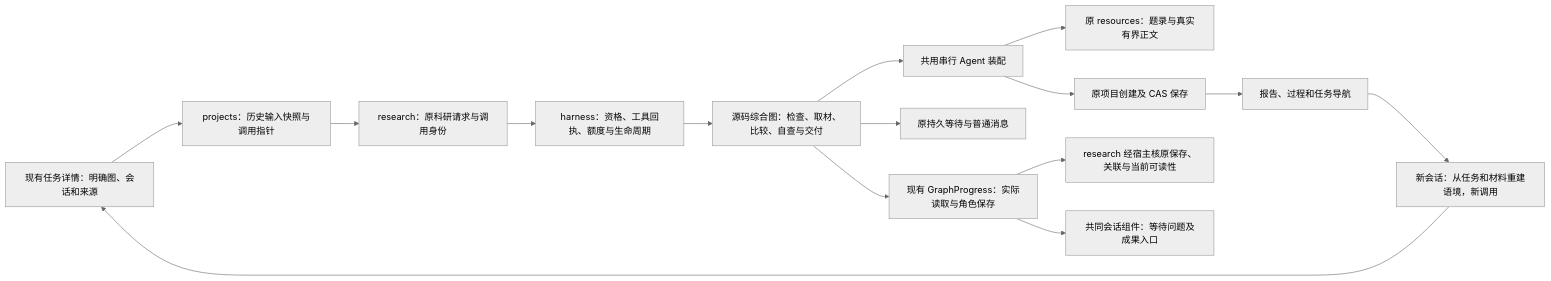
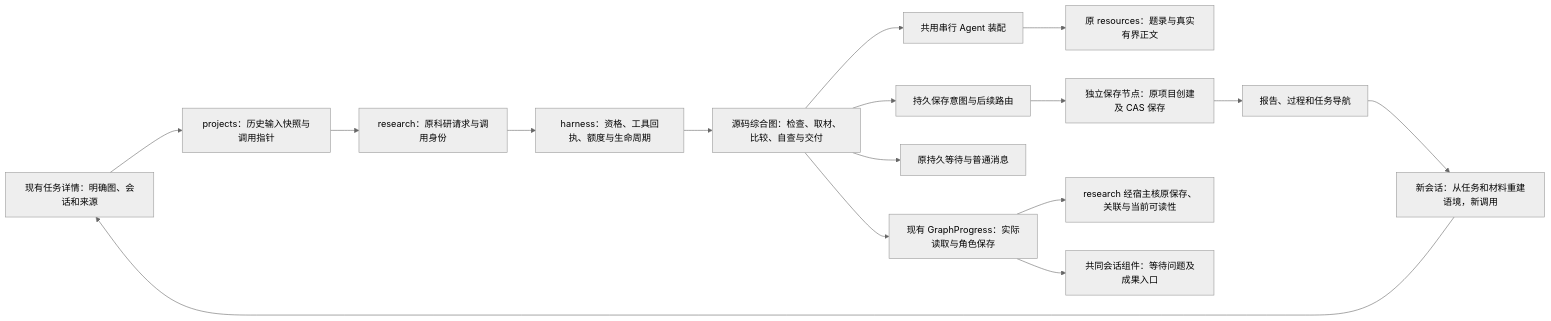
Before and after one commit to leike0813/Scholoom: the first of 2 diagrams in openspec/changes/add-project-literature-synthesis/design.md, drawn with Mermaid (neutral theme). The commit also changed other lines of this file and 13 other files, not shown here.

````diff
--- a/openspec/changes/add-project-literature-synthesis/design.md
+++ b/openspec/changes/add-project-literature-synthesis/design.md
@@ -7,17 +7,18 @@
 ```mermaid
 flowchart LR
   Task[现有任务详情：明确图、会话和来源] --> Snapshot[projects：历史输入快照与调用指针]
   Snapshot --> Request[research：原科研请求与调用身份]
   Request --> Host[harness：资格、工具回执、额度与生命周期]
   Host --> Graph[源码综合图：检查、取材、比较、自查与交付]
   Graph --> Agent[共用串行 Agent 装配]
   Agent --> Resources[原 resources：题录与真实有界正文]
-  Agent --> Saves[原项目创建及 CAS 保存]
+  Graph --> Intent[持久保存意图与后续路由]
+  Intent --> Saves[独立保存节点：原项目创建及 CAS 保存]
   Graph --> Wait[原持久等待与普通消息]
   Saves --> Files[报告、过程和任务导航]
   Graph --> Progress[现有 GraphProgress：实际读取与角色保存]
   Progress --> Verify[research 经宿主核原保存、关联与当前可读性]
   Progress --> Session[共同会话组件：等待问题及成果入口]
   Files --> Next[新会话：从任务和材料重建语境，新调用]
   Next --> Task
 ```
````
